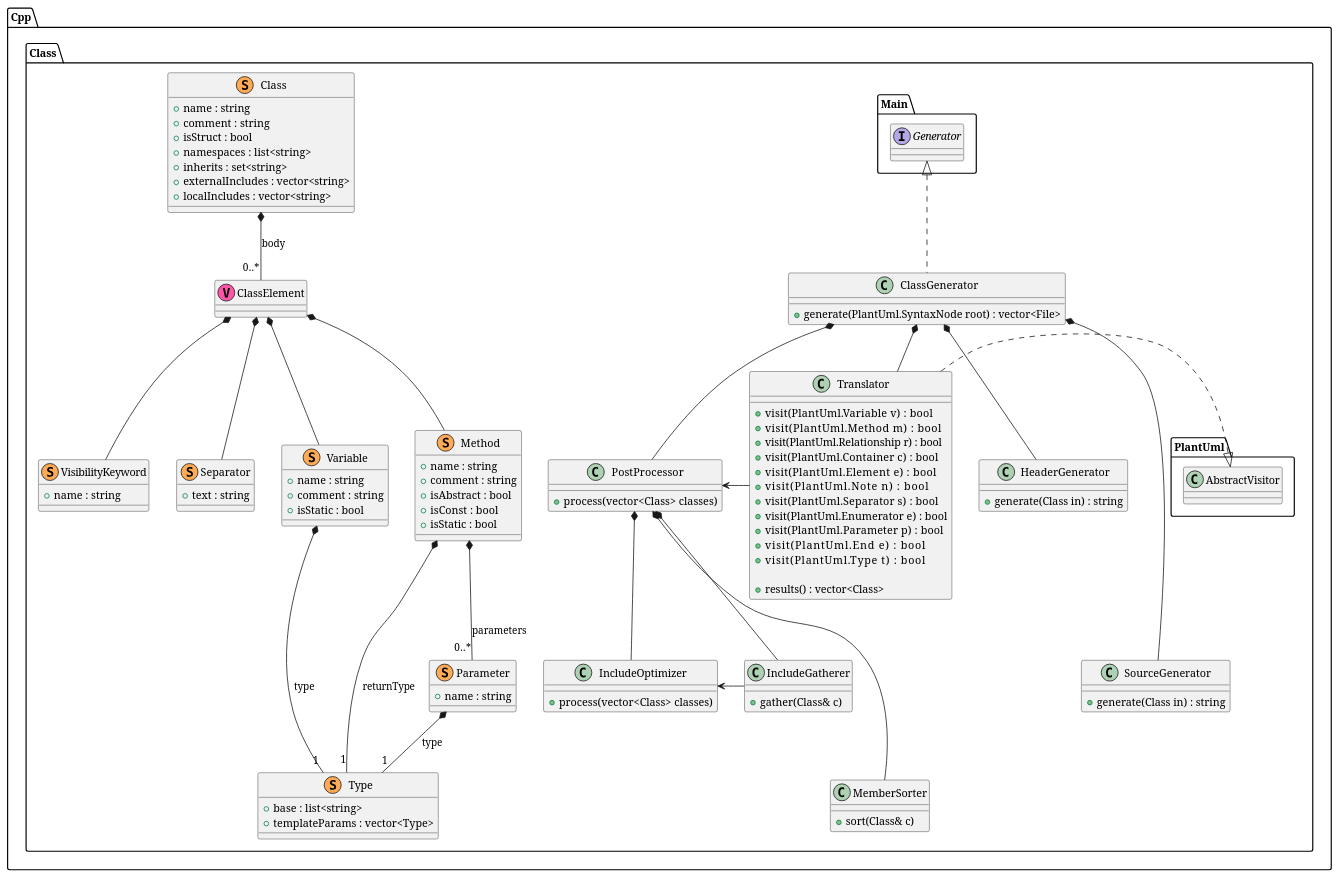
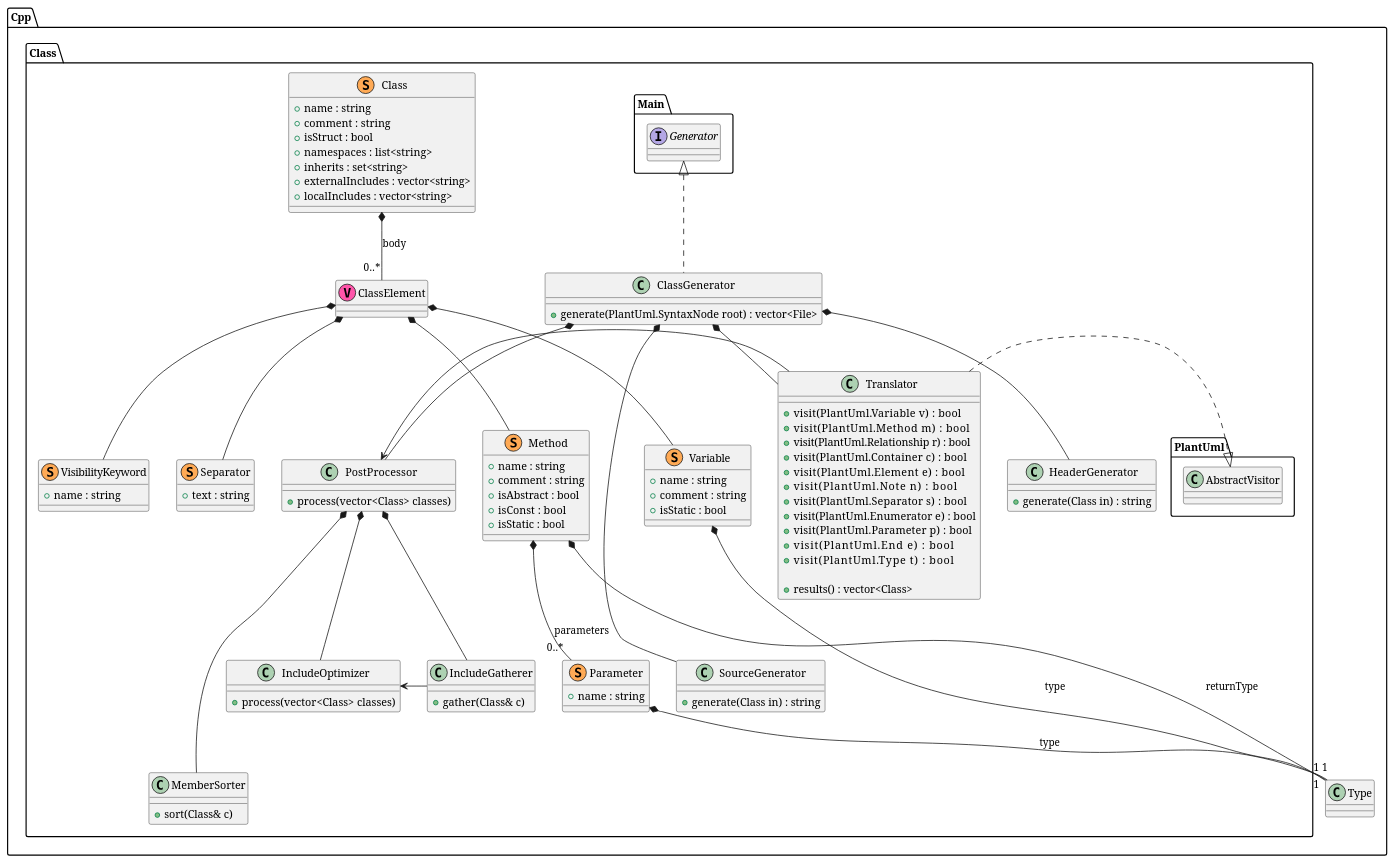
One commit to jteuber/PlantUML2Cpp changed the diagram in models/Class.puml. Above: the diagram before and after it, drawn with PlantUML. The commit also changed 7 other files, not shown here.

Commit message:
WIP: move Type to cpp namespace and add helpers for translators.

```diff
--- a/models/Class.puml
+++ b/models/Class.puml
@@ -1,122 +1,117 @@
 @startuml Class
 
 namespace Cpp {
 
     namespace Class {
         ' *************** ALGORITHMS ***************
         class Translator
         {
             +visit(PlantUml.Variable v)     : bool
             +visit(PlantUml.Method m)       : bool
             +visit(PlantUml.Relationship r) : bool
             +visit(PlantUml.Container c)    : bool
             +visit(PlantUml.Element e)      : bool
             +visit(PlantUml.Note n)         : bool
             +visit(PlantUml.Separator s)    : bool
             +visit(PlantUml.Enumerator e)   : bool
             +visit(PlantUml.Parameter p)    : bool
             +visit(PlantUml.End e)          : bool
             +visit(PlantUml.Type t)         : bool
 
             +results() : vector<Class>
         }
         Translator .|> PlantUml.AbstractVisitor
 
         class PostProcessor {
             +process(vector<Class> classes)
         }
 
         class IncludeGatherer {
             +gather(Class& c)
         }
         class IncludeOptimizer {
             +process(vector<Class> classes)
         }
         class MemberSorter {
             +sort(Class& c)
         }
 
         PostProcessor *-- IncludeGatherer
         PostProcessor *-- IncludeOptimizer
         PostProcessor *--- MemberSorter
         IncludeOptimizer <- IncludeGatherer
 
 
         class HeaderGenerator {
             +generate(Class in) : string
         }
 
         class SourceGenerator {
             +generate(Class in) : string
         }
 
         Translator -left-> PostProcessor
 
         class ClassGenerator implements Main.Generator {
             +generate(PlantUml.SyntaxNode root) : vector<File>
         }
         ClassGenerator *-- Translator
         ClassGenerator *-- PostProcessor
         ClassGenerator *-- HeaderGenerator
         ClassGenerator *--- SourceGenerator
 
         ' *************** DATA ***************
         class Class << (S,#FFAA55) >>
         {
             +name : string
             +comment : string
             +isStruct : bool
             +namespaces : list<string>
             +inherits : set<string>
             +externalIncludes : vector<string>
             +localIncludes : vector<string>
         }
         class ClassElement << (V,#FF55AA) >>
         class VisibilityKeyword << (S,#FFAA55) >>
         {
             +name : string
         }
         class Separator << (S,#FFAA55) >>
         {
             +text : string
         }
         class Variable << (S,#FFAA55) >>
         {
             +name : string
             +comment : string
             +isStatic : bool
         }
         class Method << (S,#FFAA55) >>
         {
             +name : string
             +comment : string
             +isAbstract : bool
             +isConst : bool
             +isStatic : bool
         }
         class Parameter << (S,#FFAA55) >>
         {
             +name : string
         }
 
 
-        class Type << (S,#FFAA55) >>
-        {
-            +base : list<string>
-            +templateParams : vector<Type>
-        }
-        Method *--- "1" Type : returnType
-        Parameter *-- "1" Type : type
-        Variable *--- "1" Type : type
+        Method *--- "1" Cpp.Type : returnType
+        Parameter *-- "1" Cpp.Type : type
+        Variable *--- "1" Cpp.Type : type
 
 
         Class *-- "0..*" ClassElement : body
         ClassElement *-- Method
         ClassElement *-- Variable
         ClassElement *-- VisibilityKeyword
         ClassElement *-- Separator
         Method *-- "0..*" Parameter : parameters
     }
 }
 
 @enduml
```
